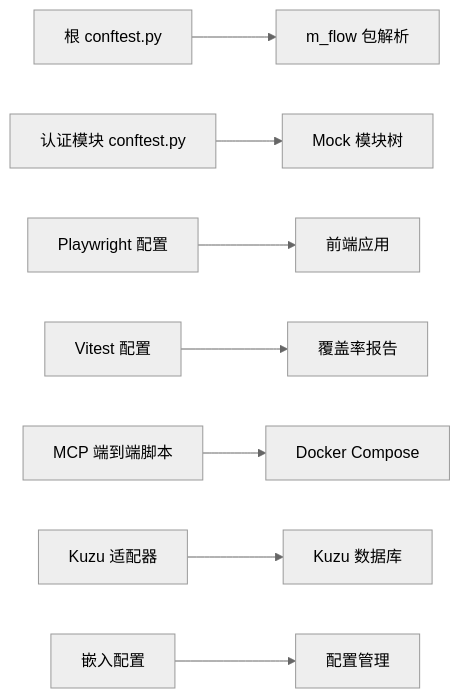
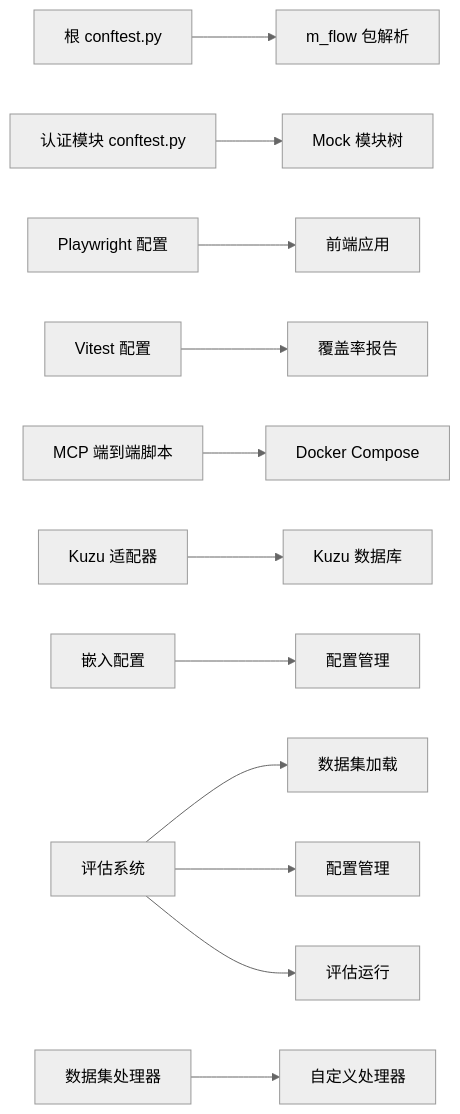
One commit to alvinwangzi/m_flow changed the ninth of 9 diagrams in .qoder/repowiki/zh/content/开发指南/测试策略/测试策略.md. Above: the diagram before and after it, drawn with Mermaid (neutral theme). The commit also changed other lines of this file and 30 other files, not shown here.

````diff
--- a/.qoder/repowiki/zh/content/开发指南/测试策略/测试策略.md
+++ b/.qoder/repowiki/zh/content/开发指南/测试策略/测试策略.md
@@ -303,10 +369,14 @@
 ```mermaid
 graph LR
 RC["根 conftest.py"] --> P["m_flow 包解析"]
 AC["认证模块 conftest.py"] --> M["Mock 模块树"]
 PW["Playwright 配置"] --> FE["前端应用"]
 VT["Vitest 配置"] --> COV["覆盖率报告"]
 MCPE2E["MCP 端到端脚本"] --> DC["Docker Compose"]
 KUZU["Kuzu 适配器"] --> DB["Kuzu 数据库"]
 EMB["嵌入配置"] --> CFG["配置管理"]
+EVAL["评估系统"] --> DS["数据集加载"]
+EVAL --> CFG2["配置管理"]
+EVAL --> RUN["评估运行"]
+DDH["数据集处理器"] --> CUSTOM["自定义处理器"]
 ```
````
